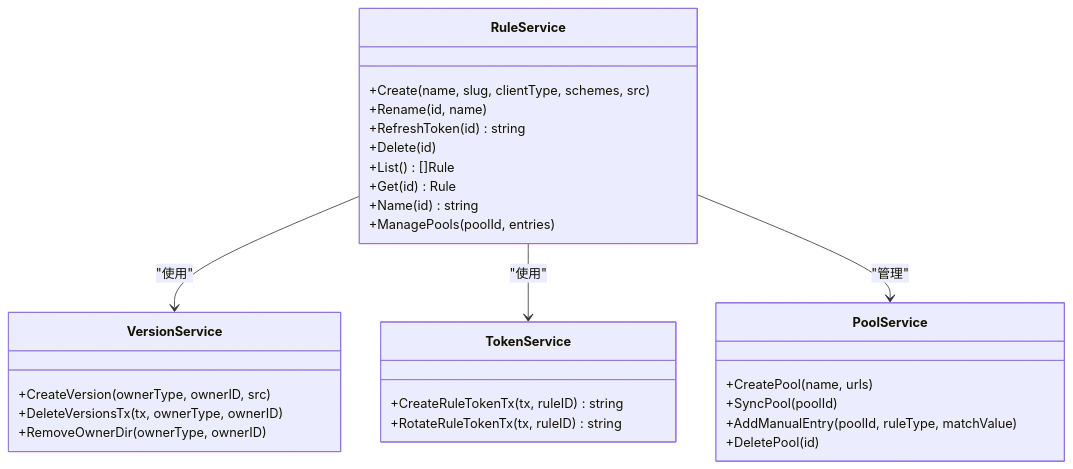
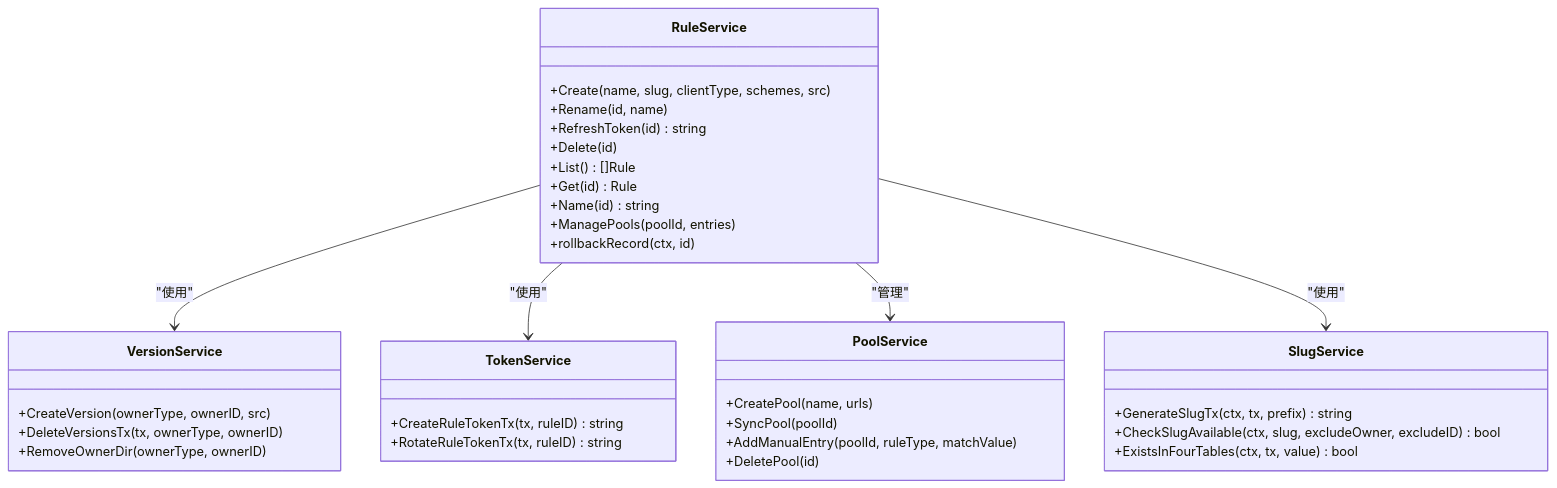
One commit to AlcaProphet/VPN-Subscription-Management changed the seventh of 13 diagrams in .qoder/repowiki/zh/content/核心功能模块/核心功能模块.md. Above: the diagram before and after it, drawn with Mermaid. The commit also changed other lines of this file and 5 other files, not shown here.

````diff
--- a/.qoder/repowiki/zh/content/核心功能模块/核心功能模块.md
+++ b/.qoder/repowiki/zh/content/核心功能模块/核心功能模块.md
@@ -317,31 +323,38 @@
 ```mermaid
 classDiagram
 class RuleService {
 +Create(name, slug, clientType, schemes, src)
 +Rename(id, name)
 +RefreshToken(id) string
 +Delete(id)
 +List() []Rule
 +Get(id) Rule
 +Name(id) string
 +ManagePools(poolId, entries)
++rollbackRecord(ctx, id)
 }
 class PoolService {
 +CreatePool(name, urls)
 +SyncPool(poolId)
 +AddManualEntry(poolId, ruleType, matchValue)
 +DeletePool(id)
 }
 class VersionService {
 +CreateVersion(ownerType, ownerID, src)
 +DeleteVersionsTx(tx, ownerType, ownerID)
 +RemoveOwnerDir(ownerType, ownerID)
 }
 class TokenService {
 +CreateRuleTokenTx(tx, ruleID) string
 +RotateRuleTokenTx(tx, ruleID) string
 }
+class SlugService {
++GenerateSlugTx(ctx, tx, prefix) string
++CheckSlugAvailable(ctx, slug, excludeOwner, excludeID) bool
++ExistsInFourTables(ctx, tx, value) bool
+}
 RuleService --> VersionService : "使用"
 RuleService --> TokenService : "使用"
 RuleService --> PoolService : "管理"
+RuleService --> SlugService : "使用"
 ```
````
